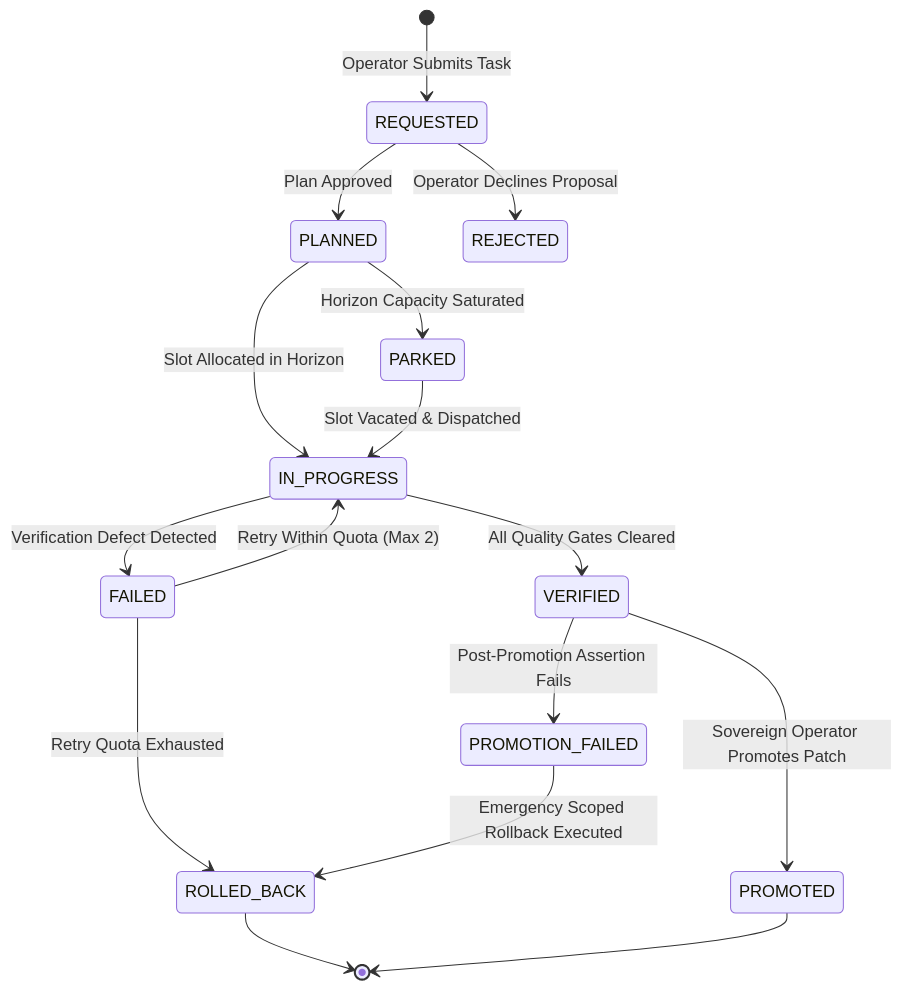
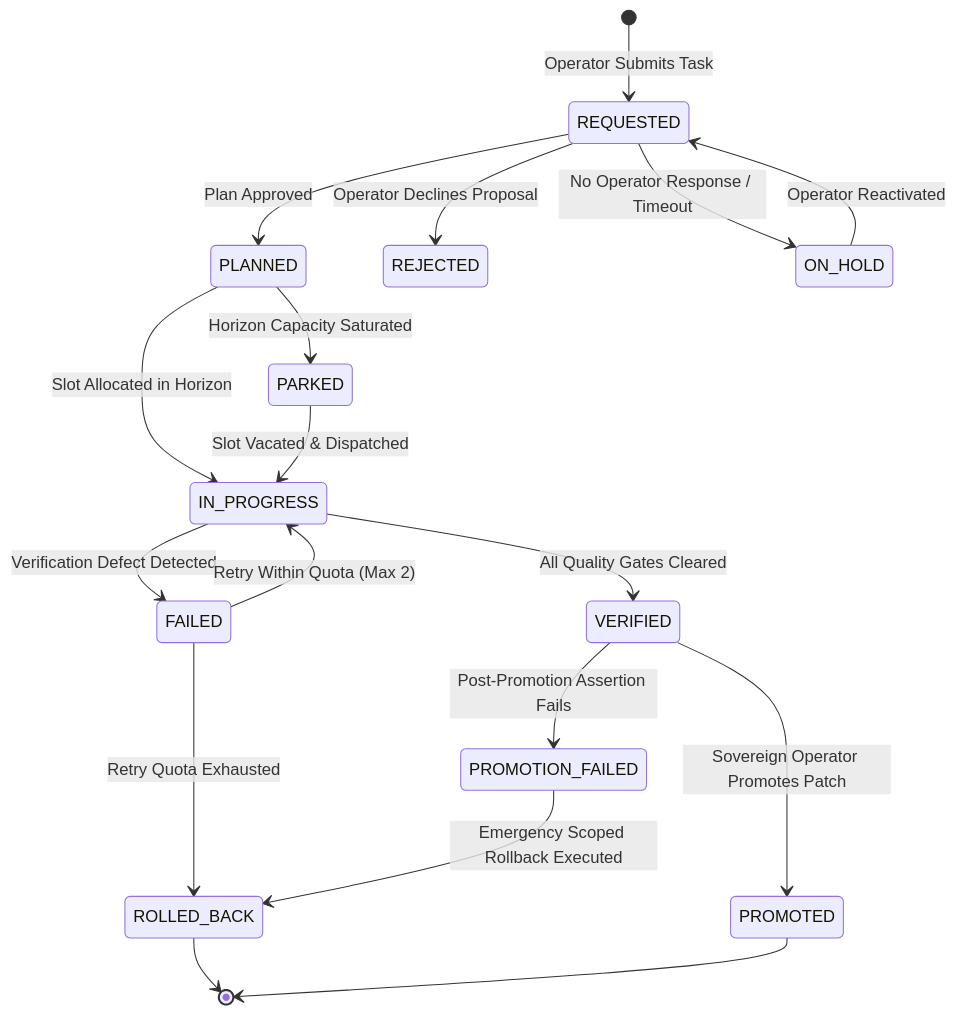
Before and after one commit to jinseobhong/antigravity-autopoiesis: the first of 4 diagrams in docs/active/CURRENT_STATE.md, drawn with Mermaid. The commit also changed other lines of this file and 72 other files, not shown here.

````diff
--- a/docs/active/CURRENT_STATE.md
+++ b/docs/active/CURRENT_STATE.md
@@ -55,18 +55,20 @@
 ```mermaid
 stateDiagram-v2
     [*] --> REQUESTED: Operator Submits Task
     REQUESTED --> PLANNED: Plan Approved
     REQUESTED --> REJECTED: Operator Declines Proposal
+    REQUESTED --> ON_HOLD: No Operator Response / Timeout
+    ON_HOLD --> REQUESTED: Operator Reactivated
     PLANNED --> IN_PROGRESS: Slot Allocated in Horizon
     PLANNED --> PARKED: Horizon Capacity Saturated
     PARKED --> IN_PROGRESS: Slot Vacated & Dispatched
     IN_PROGRESS --> VERIFIED: All Quality Gates Cleared
     IN_PROGRESS --> FAILED: Verification Defect Detected
     FAILED --> IN_PROGRESS: Retry Within Quota (Max 2)
     FAILED --> ROLLED_BACK: Retry Quota Exhausted
     VERIFIED --> PROMOTED: Sovereign Operator Promotes Patch
     VERIFIED --> PROMOTION_FAILED: Post-Promotion Assertion Fails
     PROMOTION_FAILED --> ROLLED_BACK: Emergency Scoped Rollback Executed
     ROLLED_BACK --> [*]
     PROMOTED --> [*]
 ```
````
